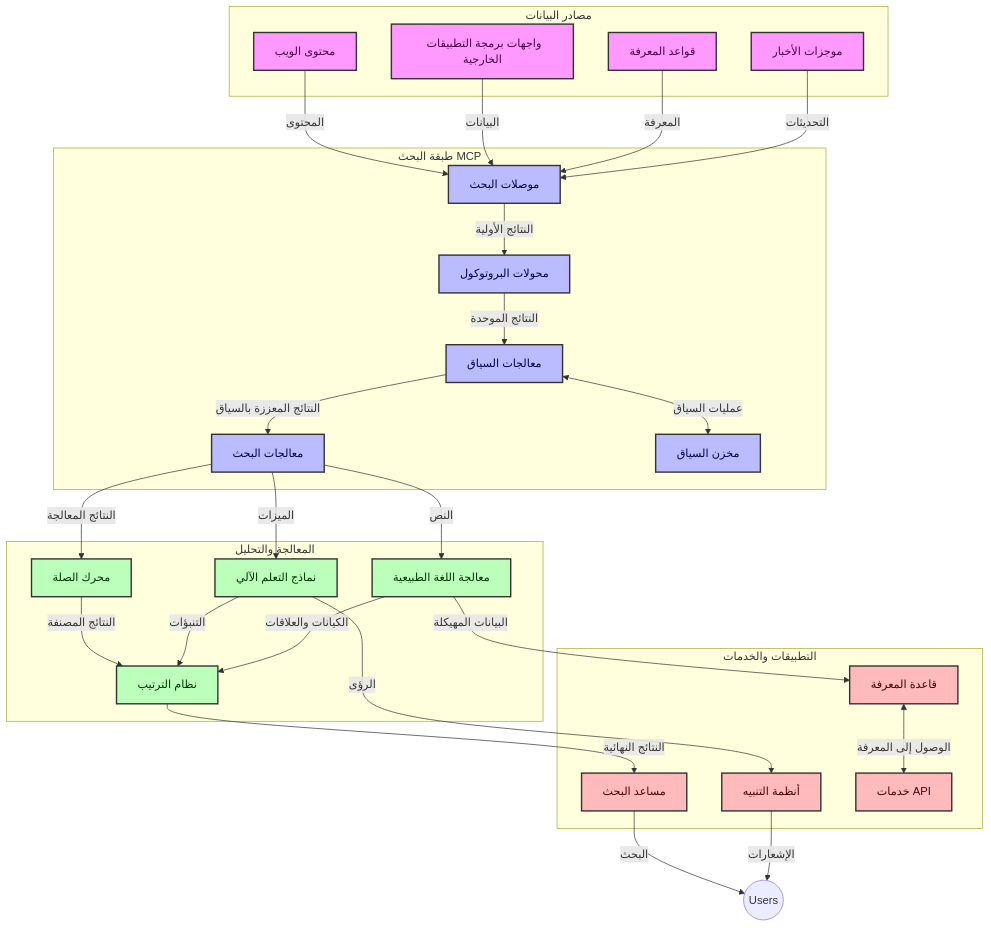
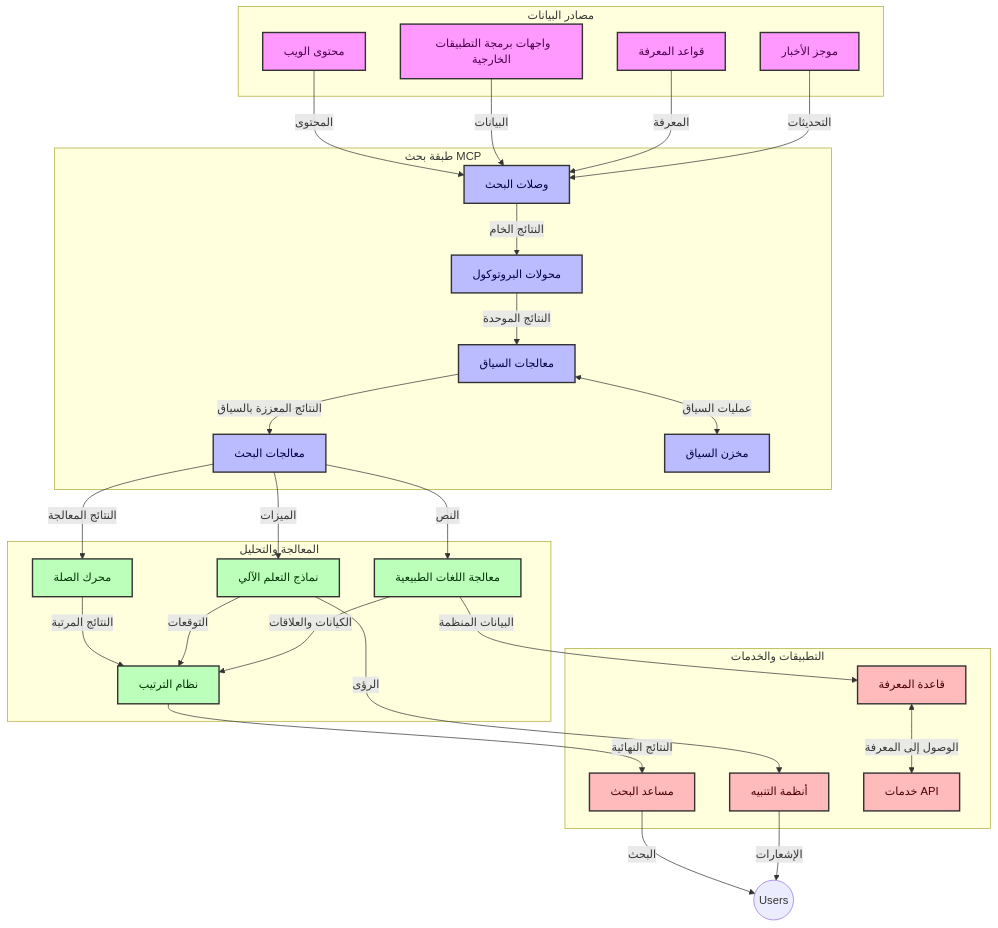
The first of 4 diagrams in translations/ar/05-AdvancedTopics/mcp-realtimesearch/README.md (microsoft/mcp-for-beginners), drawn with Mermaid before and after one commit. The commit also changed other lines of this file and 136 other files, not shown here.

````diff
--- a/translations/ar/05-AdvancedTopics/mcp-realtimesearch/README.md
+++ b/translations/ar/05-AdvancedTopics/mcp-realtimesearch/README.md
@@ -109,66 +109,66 @@
 ```mermaid
 graph TD
     subgraph "مصادر البيانات"
         Web[محتوى الويب]
         APIs[واجهات برمجة التطبيقات الخارجية]
         DB[قواعد المعرفة]
-        News[موجزات الأخبار]
+        News[موجز الأخبار]
     end
 
-    subgraph "طبقة البحث MCP"
-        SC[موصلات البحث]
+    subgraph "طبقة بحث MCP"
+        SC[وصلات البحث]
         PA[محولات البروتوكول]
         CH[معالجات السياق]
         SP[معالجات البحث]
         CS[مخزن السياق]
     end
 
     subgraph "المعالجة والتحليل"
         RE[محرك الصلة]
         ML[نماذج التعلم الآلي]
-        NLP[معالجة اللغة الطبيعية]
+        NLP[معالجة اللغات الطبيعية]
         Rank[نظام الترتيب]
     end
 
     subgraph "التطبيقات والخدمات"
         RA[مساعد البحث]
         Alerts[أنظمة التنبيه]
         KB[قاعدة المعرفة]
         API[خدمات API]
     end
 
     Web -->|المحتوى| SC
     APIs -->|البيانات| SC
     DB -->|المعرفة| SC
     News -->|التحديثات| SC
     
-    SC -->|النتائج الأولية| PA
+    SC -->|النتائج الخام| PA
     PA -->|النتائج الموحدة| CH
     CH <-->|عمليات السياق| CS
     CH -->|النتائج المعززة بالسياق| SP
     SP -->|النتائج المعالجة| RE
     SP -->|الميزات| ML
     SP -->|النص| NLP
     
-    RE -->|النتائج المصنفة| Rank
-    ML -->|التنبؤات| Rank
+    RE -->|النتائج المرتبة| Rank
+    ML -->|التوقعات| Rank
     NLP -->|الكيانات والعلاقات| Rank
     
     Rank -->|النتائج النهائية| RA
     ML -->|الرؤى| Alerts
-    NLP -->|البيانات المهيكلة| KB
+    NLP -->|البيانات المنظمة| KB
     
     RA -->|البحث| Users((Users))
     Alerts -->|الإشعارات| Users
     KB <-->|الوصول إلى المعرفة| API
 
     classDef sources fill:#f9f,stroke:#333,stroke-width:2px,color:#4a004a
     classDef mcp fill:#bbf,stroke:#333,stroke-width:2px,color:#00004a
     classDef processing fill:#bfb,stroke:#333,stroke-width:2px,color:#003300
     classDef apps fill:#fbb,stroke:#333,stroke-width:2px,color:#4a0000
     
     class Web,APIs,DB,News sources
     class SC,PA,CH,SP,CS mcp
     class RE,ML,NLP,Rank processing
     class RA,Alerts,KB,API apps
 ```
````
